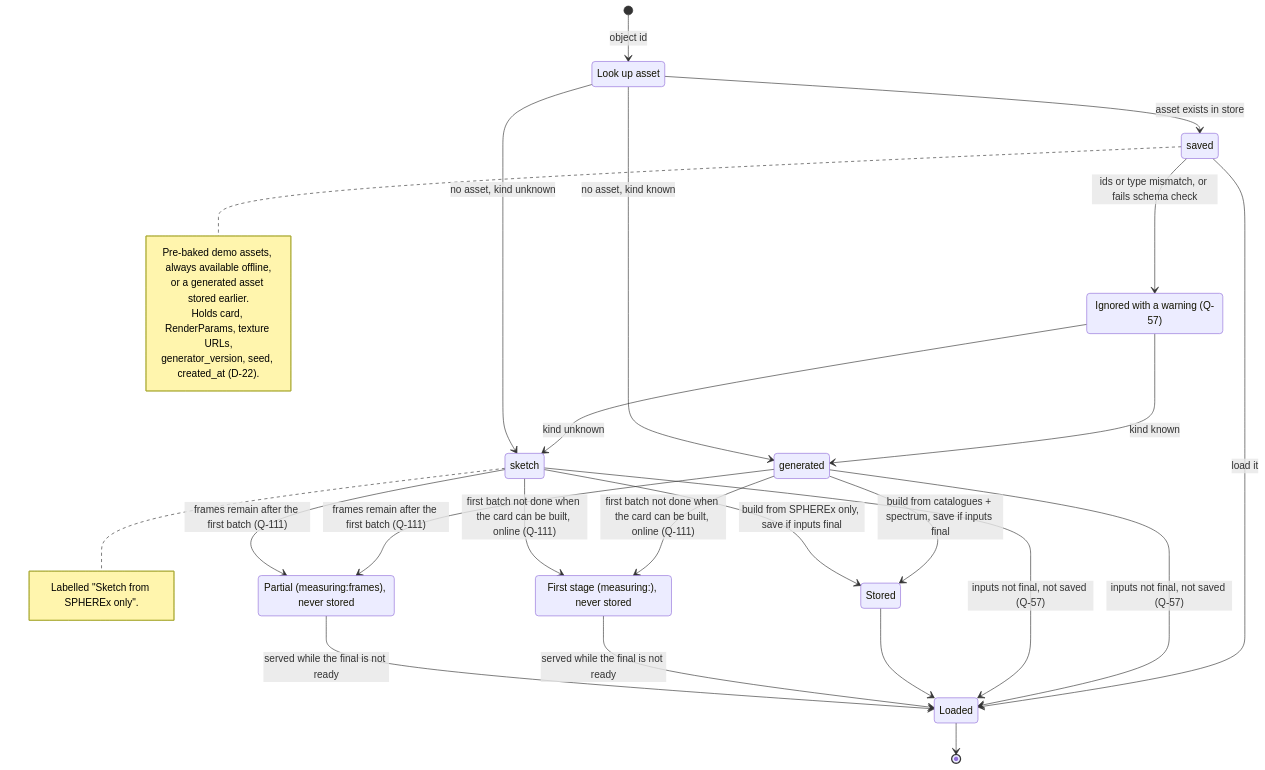
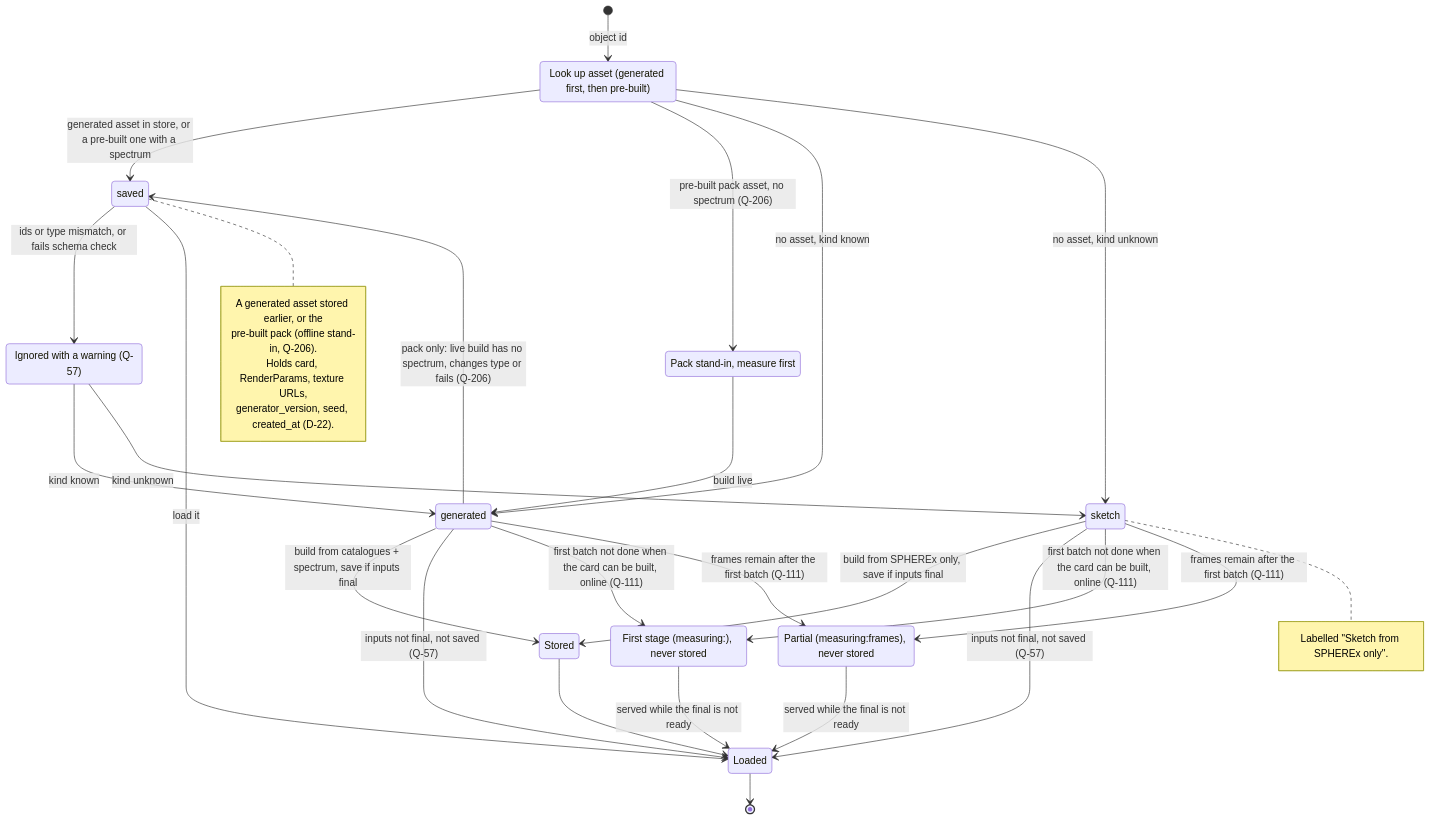
Before and after one commit to 0ffrian/SphereX: the first of 2 diagrams in docs/uml/16-state-asset-lookup.md, drawn with Mermaid. The commit also changed other lines of this file and 13 other files, not shown here.

First line of the commit message:
Backend: demo pack never hides measured spectra; Rainbow Trails rotation in the UI (#75)

````diff
--- a/docs/uml/16-state-asset-lookup.md
+++ b/docs/uml/16-state-asset-lookup.md
@@ -7,43 +7,47 @@
 ```mermaid
 stateDiagram-v2
   [*] --> Lookup : object id
-  Lookup --> Saved : asset exists in store
+  Lookup --> Saved : generated asset in store, or a pre-built one with a spectrum
+  Lookup --> StandIn : pre-built pack asset, no spectrum (Q-206)
+  StandIn --> Generated : build live
+  Generated --> Saved : pack only: live build has no spectrum, changes type or fails (Q-206)
   Saved --> Rejected : ids or type mismatch, or fails schema check
   Rejected --> Generated : kind known
   Rejected --> Sketch : kind unknown
   Lookup --> Generated : no asset, kind known
   Lookup --> Sketch : no asset, kind unknown
 
-  state "Look up asset" as Lookup
+  state "Look up asset (generated first, then pre-built)" as Lookup
+  state "Pack stand-in, measure first" as StandIn
   state "saved" as Saved
   state "Ignored with a warning (Q-57)" as Rejected
   state "generated" as Generated
   state "sketch" as Sketch
   state "Stored" as Stored
   state "First stage (measuring:), never stored" as FirstStage
   state "Partial (measuring:frames), never stored" as Partial
 
   Saved --> Loaded : load it
   Generated --> Stored : build from catalogues + spectrum, save if inputs final
   Sketch --> Stored : build from SPHEREx only, save if inputs final
   Generated --> Loaded : inputs not final, not saved (Q-57)
   Sketch --> Loaded : inputs not final, not saved (Q-57)
   Stored --> Loaded
   Generated --> FirstStage : first batch not done when the card can be built, online (Q-111)
   Sketch --> FirstStage : first batch not done when the card can be built, online (Q-111)
   Generated --> Partial : frames remain after the first batch (Q-111)
   Sketch --> Partial : frames remain after the first batch (Q-111)
   FirstStage --> Loaded : served while the final is not ready
   Partial --> Loaded : served while the final is not ready
   Loaded --> [*]
 
   note right of Sketch
     Labelled "Sketch from SPHEREx only".
   end note
   note right of Saved
-    Pre-baked demo assets, always available offline,
-    or a generated asset stored earlier.
+    A generated asset stored earlier, or the
+    pre-built pack (offline stand-in, Q-206).
     Holds card, RenderParams, texture URLs,
     generator_version, seed, created_at (D-22).
   end note
 ```
````
